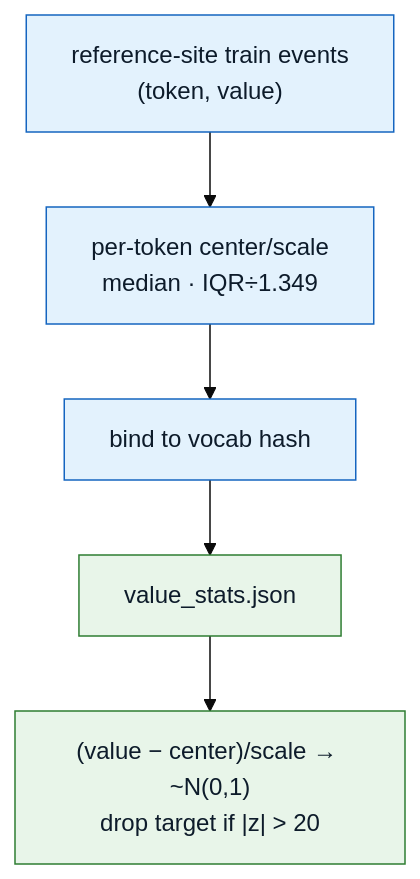
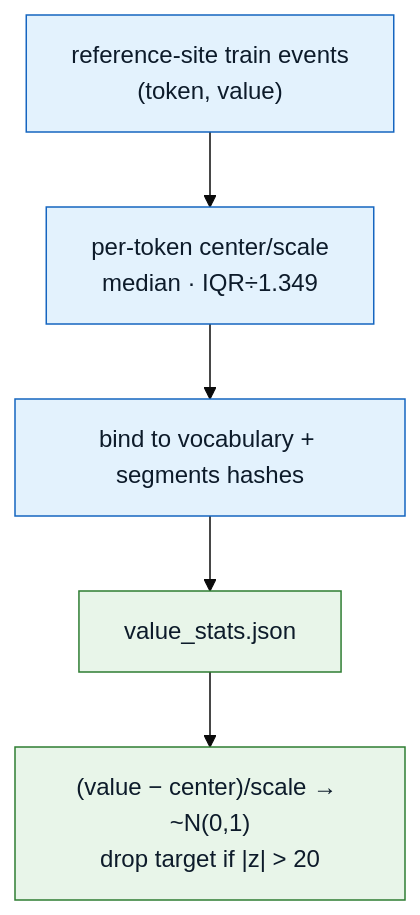
The fourth of 4 diagrams in website/docs/data-tokenization.md (sajor2000/clifatron2.0), drawn with Mermaid (base theme) before and after one commit. The commit also changed other lines of this file and 6 other files, not shown here.

````diff
--- a/website/docs/data-tokenization.md
+++ b/website/docs/data-tokenization.md
@@ -394,12 +488,12 @@
 ```mermaid
 flowchart TB
     REF["reference-site train events<br/>(token, value)"] --> STATS["per-token center/scale<br/>median · IQR÷1.349"]
-    STATS --> BIND["bind to vocab hash"]
+    STATS --> BIND["bind to vocabulary + segments hashes"]
     BIND --> JSON["value_stats.json"]
     JSON --> STD["(value − center)/scale → ~N(0,1)<br/>drop target if |z| > 20"]
 
     classDef ref fill:#e3f2fd,stroke:#1565c0,color:#0d1b2a;
     classDef out fill:#e8f5e9,stroke:#2e7d32,color:#0d1b2a;
     class REF,STATS,BIND ref;
     class JSON,STD out;
 ```
````
